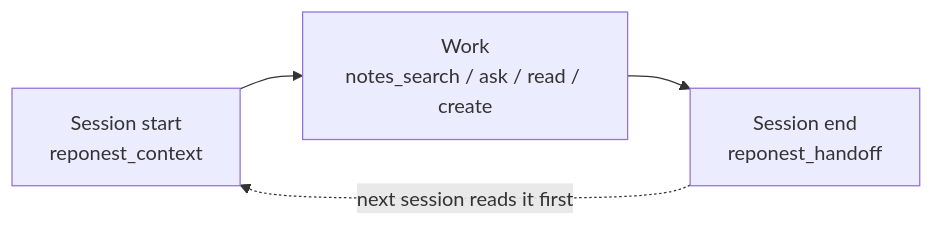
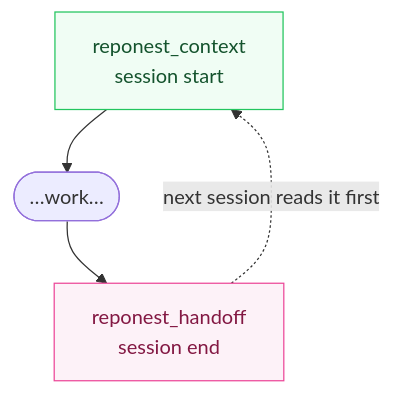
The diagram in SKILL.md (sky-jiangcheng/RepoNest), drawn with Mermaid before and after one commit. The commit also changed 14 other files, not shown here.

First line of the commit message:
docs(diagrams): 全站 mermaid 图重构 — 告别'宽扁香肠'布局

````diff
--- a/SKILL.md
+++ b/SKILL.md
@@ -9,6 +9,10 @@
 ```mermaid
-flowchart LR
-    A[Session start<br/>reponest_context] --> W[Work<br/>notes_search / ask / read / create]
-    W --> E[Session end<br/>reponest_handoff]
-    E -.next session reads it first.-> A
+flowchart TB
+    A["reponest_context<br/>session start"] --> W(["…work…"])
+    W --> B["reponest_handoff<br/>session end"]
+    B -.->|"next session reads it first"| A
+    classDef ctx fill:#f0fdf4,stroke:#22c55e,color:#14532d
+    classDef rec fill:#fdf2f8,stroke:#ec4899,color:#831843
+    class A ctx
+    class B rec
 ```
````
